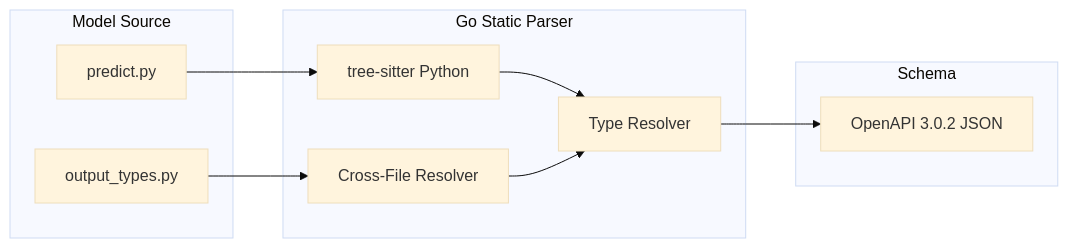
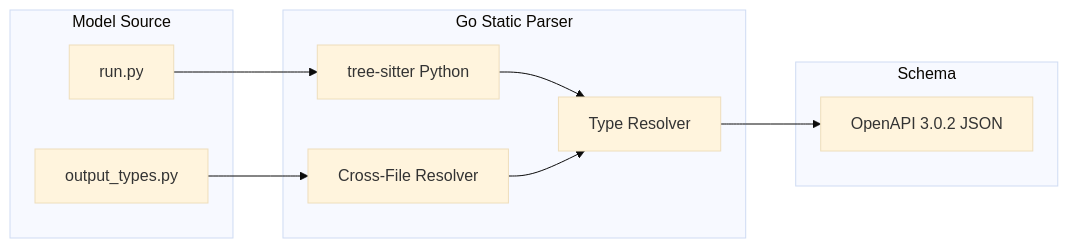
The second of 3 diagrams in architecture/02-schema.md (replicate/cog), drawn with Mermaid (base theme) before and after one commit. The commit also changed other lines of this file and 73 other files, not shown here.

First line of the commit message:
feat: Rename predict to run with backward compatibility (#3015)

````diff
--- a/architecture/02-schema.md
+++ b/architecture/02-schema.md
@@ -40,23 +40,23 @@
 ```mermaid
 flowchart LR
     subgraph source["Model Source"]
-        predict["predict.py"]
+        predict["run.py"]
         types["output_types.py"]
     end
 
     subgraph parser["Go Static Parser"]
         ts["tree-sitter Python"]
         resolve["Type Resolver"]
         cross["Cross-File Resolver"]
     end
 
     subgraph output["Schema"]
         spec["OpenAPI 3.0.2 JSON"]
     end
 
     predict --> ts
     types --> cross
     ts --> resolve
     cross --> resolve
     resolve --> spec
 ```
````
